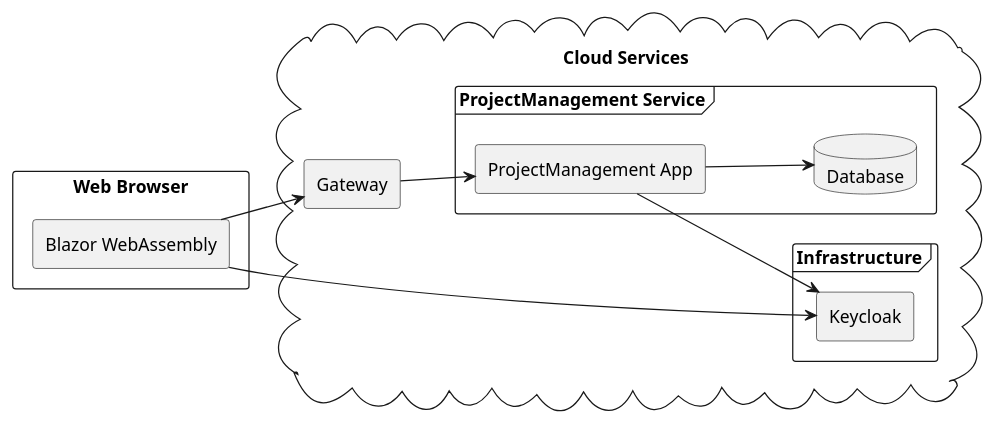
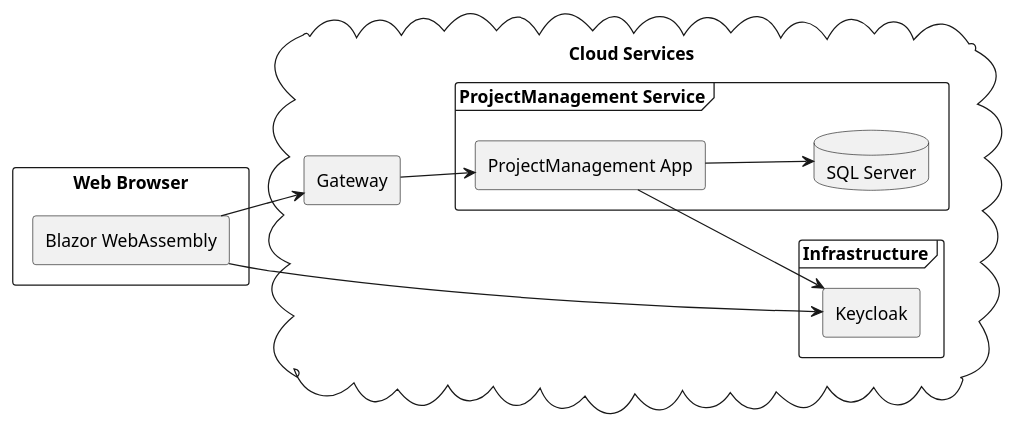
The diagram in doc/uml/architecture.puml (Kr0oked/DotnetProjectManagement), drawn with PlantUML before and after one commit. The commit also changed 95 other files, not shown here.

```diff
--- a/doc/uml/architecture.puml
+++ b/doc/uml/architecture.puml
@@ -1,30 +1,30 @@
 @startuml
 left to right direction
 
 rectangle "Web Browser" {
     agent "Blazor WebAssembly" as BlazorWebAssembly
 }
 
 cloud "Cloud Services" {
 
     agent Gateway
 
     frame "ProjectManagement Service" {
         agent "ProjectManagement App" as ProjectAPI
-        database "Database" as ProjectDB
+        database "SQL Server" as ProjectDB
     }
 
     frame Infrastructure {
         agent Keycloak
     }
 }
 
 BlazorWebAssembly --> Gateway
 BlazorWebAssembly --> Keycloak
 
 Gateway --> ProjectAPI
 
 ProjectAPI --> ProjectDB
 ProjectAPI --> Keycloak
 
 @enduml
```
